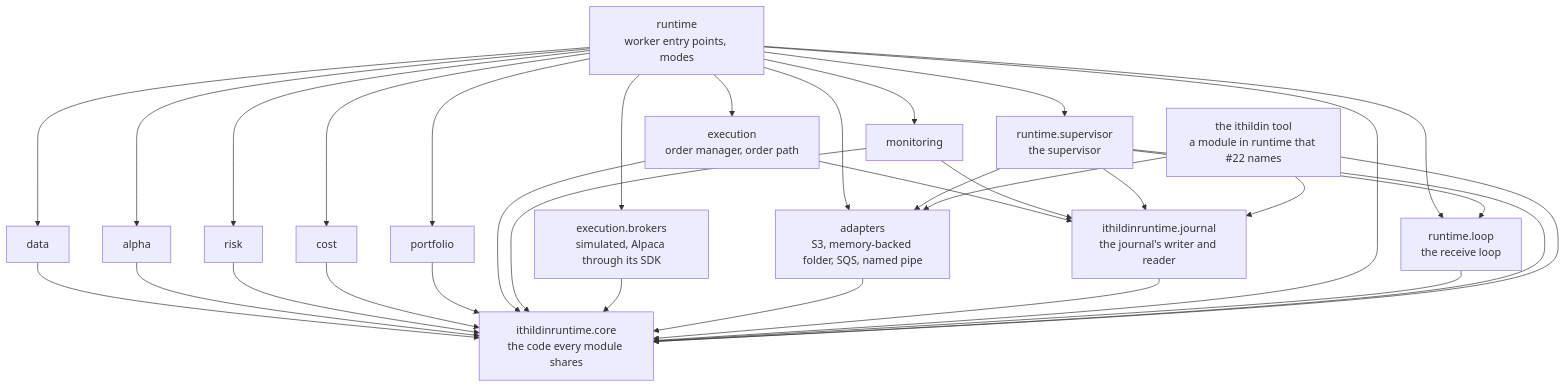
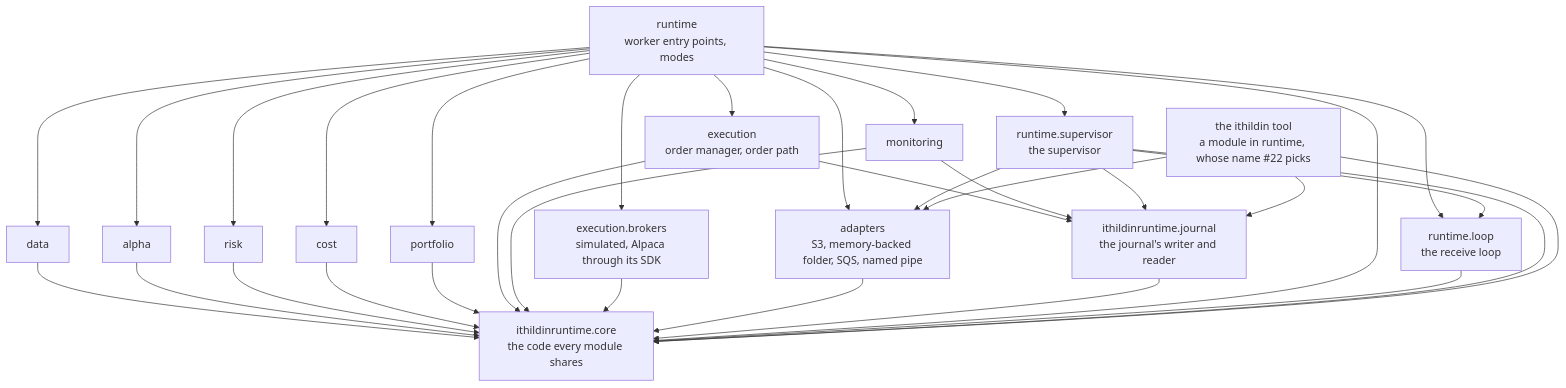
One commit to l3a0/ithildin-runtime changed the seventh of 7 diagrams in docs/architecture/05-building-blocks.md. Above: the diagram before and after it, drawn with Mermaid. The commit also changed other lines of this file and 4 other files, not shown here.

````diff
--- a/docs/architecture/05-building-blocks.md
+++ b/docs/architecture/05-building-blocks.md
@@ -948,51 +948,51 @@
 ```mermaid
 flowchart TB
     core["ithildinruntime.core<br/>the code every module shares"]
     journal["ithildinruntime.journal<br/>the journal's writer and reader"]
     adapters["adapters<br/>S3, memory-backed folder, SQS, named pipe"]
     data["data"]
     alpha["alpha"]
     risk["risk"]
     cost["cost"]
     portfolio["portfolio"]
     execution["execution<br/>order manager, order path"]
     brokers["execution.brokers<br/>simulated, Alpaca through its SDK"]
     monitoring["monitoring"]
     runtime["runtime<br/>worker entry points, modes"]
     loop["runtime.loop<br/>the receive loop"]
     supervisor["runtime.supervisor<br/>the supervisor"]
-    tool["the ithildin tool<br/>a module in runtime that #22 names"]
+    tool["the ithildin tool<br/>a module in runtime, whose name #22 picks"]
 
     data --> core
     alpha --> core
     risk --> core
     cost --> core
     portfolio --> core
     execution --> core
     monitoring --> core
     brokers --> core
     adapters --> core
     journal --> core
     execution --> journal
     monitoring --> journal
     runtime --> core
     runtime --> adapters
     runtime --> data
     runtime --> alpha
     runtime --> risk
     runtime --> cost
     runtime --> portfolio
     runtime --> execution
     runtime --> brokers
     runtime --> monitoring
     runtime --> loop
     runtime --> supervisor
     loop --> core
     supervisor --> core
     supervisor --> journal
     supervisor --> adapters
     supervisor --> loop
     tool --> core
     tool --> adapters
     tool --> journal
 ```
````
